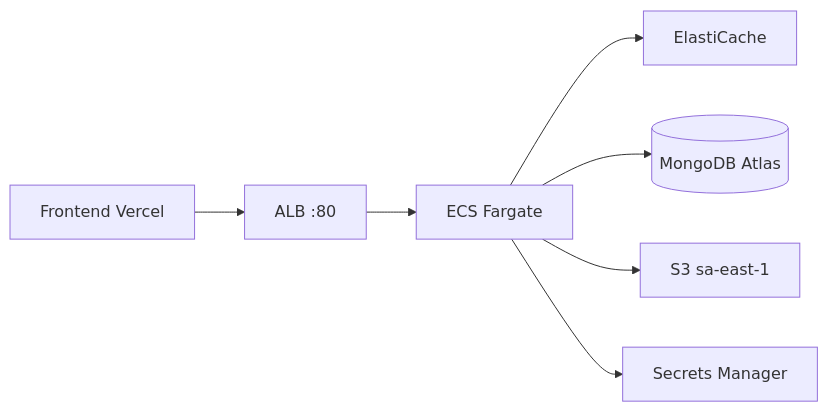
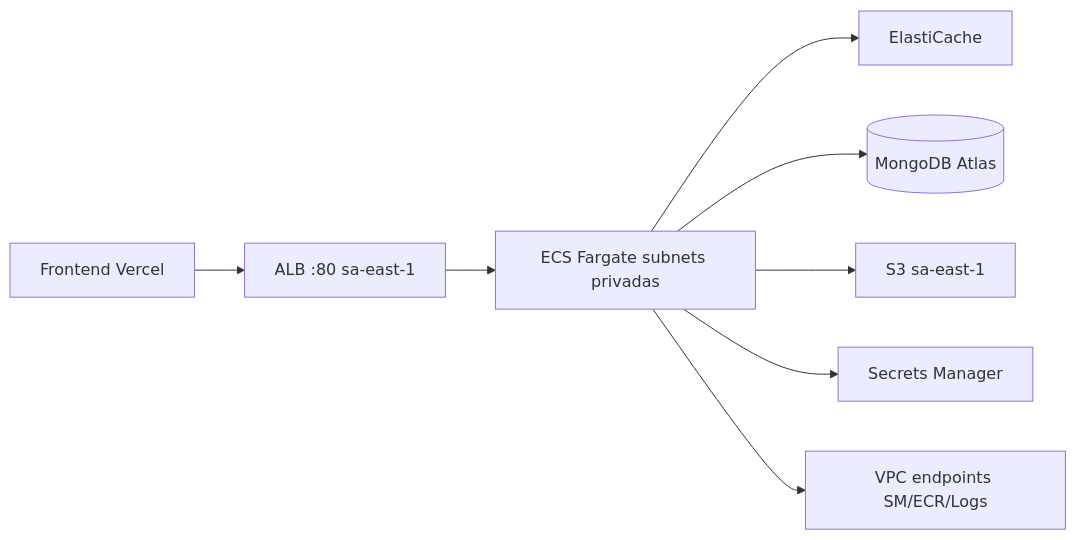
The diagram in docs/PHASE_2.md (sergiolazer/VISOR_PROTECT_COMERCIAL), drawn with Mermaid before and after one commit. The commit also changed other lines of this file and 4 other files, not shown here.

First line of the commit message:
docs: alinear region sa-east-1 y stack ECS (sin App Runner/Virginia)

````diff
--- a/docs/PHASE_2.md
+++ b/docs/PHASE_2.md
@@ -89,9 +109,10 @@
 ```mermaid
 flowchart LR
-  Users[Frontend Vercel] --> ALB[ALB :80]
-  ALB --> ECS[ECS Fargate]
+  Users[Frontend Vercel] --> ALB[ALB :80 sa-east-1]
+  ALB --> ECS[ECS Fargate subnets privadas]
   ECS --> Redis[ElastiCache]
   ECS --> Atlas[(MongoDB Atlas)]
   ECS --> S3[S3 sa-east-1]
   ECS --> SM[Secrets Manager]
+  ECS --> VPCE[VPC endpoints SM/ECR/Logs]
 ```
````
